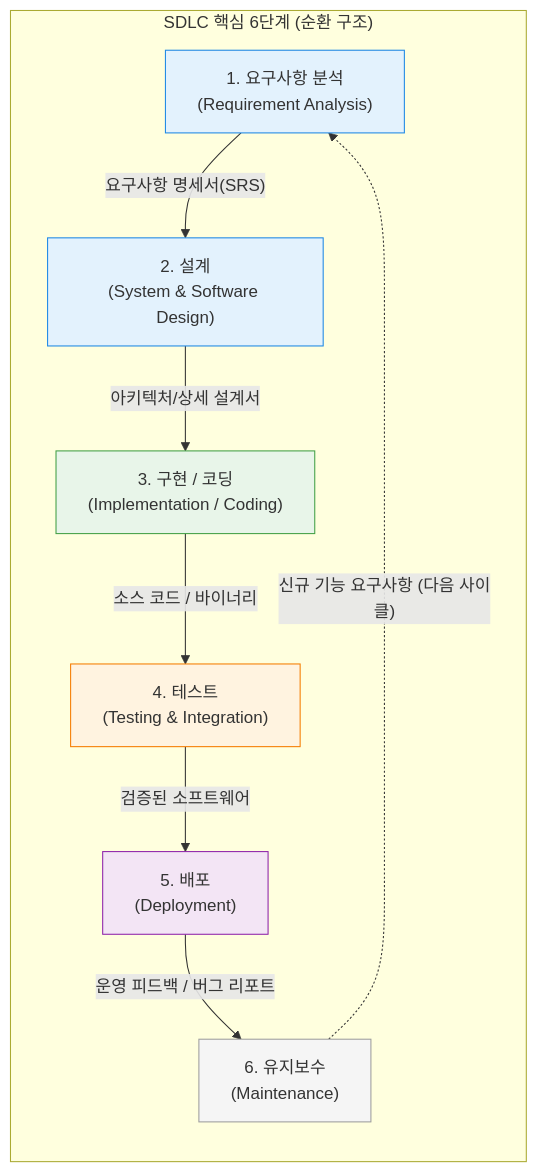
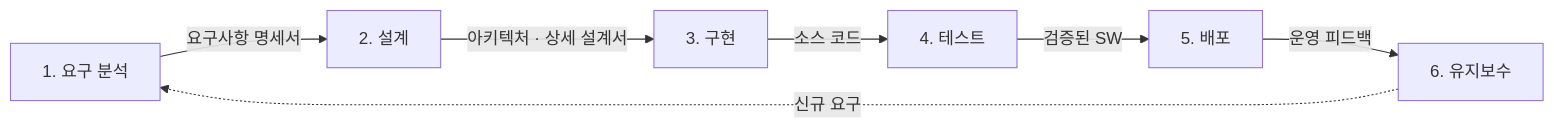
One commit to supremethumb/supremethumb.github.io changed the diagram in content/01_IT Tech/SDLC.md. Above: the diagram before and after it, drawn with Mermaid. The commit also changed other lines of this file and 1087 other files, not shown here.

````diff
--- a/content/01_IT Tech/SDLC.md
+++ b/content/01_IT Tech/SDLC.md
@@ -27,28 +35,9 @@
 ```mermaid
-flowchart TD
-    subgraph SDLC_Phases ["SDLC 핵심 6단계 (순환 구조)"]
-        direction TB
-        P1["1. 요구사항 분석<br/>(Requirement Analysis)"]
-        P2["2. 설계<br/>(System & Software Design)"]
-        P3["3. 구현 / 코딩<br/>(Implementation / Coding)"]
-        P4["4. 테스트<br/>(Testing & Integration)"]
-        P5["5. 배포<br/>(Deployment)"]
-        P6["6. 유지보수<br/>(Maintenance)"]
-    end
-
-    P1 -->|"요구사항 명세서(SRS)"| P2
-    P2 -->|"아키텍처/상세 설계서"| P3
-    P3 -->|"소스 코드 / 바이너리"| P4
-    P4 -->|검증된 소프트웨어| P5
-    P5 -->|"운영 피드백 / 버그 리포트"| P6
-    P6 -. "신규 기능 요구사항 (다음 사이클)" .-> P1
-    
-    style P1 fill:#e3f2fd,stroke:#1e88e5
-    style P2 fill:#e3f2fd,stroke:#1e88e5
-    style P3 fill:#e8f5e9,stroke:#43a047
-    style P4 fill:#fff3e0,stroke:#f57c00
-    style P5 fill:#f3e5f5,stroke:#8e24aa
-    style P6 fill:#f5f5f5,stroke:#9e9e9e
-
-
+flowchart LR
+    P1["1. 요구 분석"] -- "요구사항 명세서" --> P2["2. 설계"]
+    P2 -- "아키텍처 · 상세 설계서" --> P3["3. 구현"]
+    P3 -- "소스 코드" --> P4["4. 테스트"]
+    P4 -- "검증된 SW" --> P5["5. 배포"]
+    P5 -- "운영 피드백" --> P6["6. 유지보수"]
+    P6 -. "신규 요구" .-> P1
 ```
````
